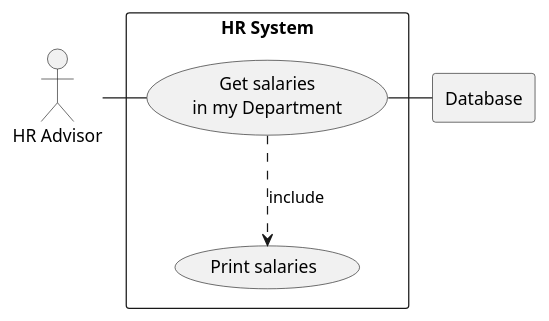
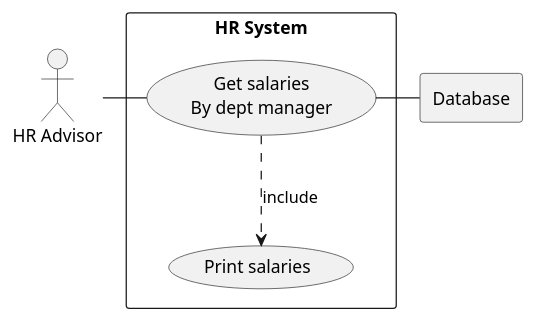
The diagram in use-cases/HR system Case3.puml (Almohammadi-k/SeMethods40630855), drawn with PlantUML before and after one commit. The commit also changed 4 other files, not shown here.

```diff
--- a/use-cases/HR system Case3.puml
+++ b/use-cases/HR system Case3.puml
@@ -1,18 +1,18 @@
 @startuml
 
 actor HR as "HR Advisor"
 
 rectangle Database
 
 rectangle "HR System" {
     usecase UC4 as "Get salaries
-    in my Department"
+    By dept manager"
 
     usecase UCa as "Print salaries"
 
     HR - UC4
     UC4 ..> UCa : include
     UC4 - Database
 }
 
 @enduml
```
